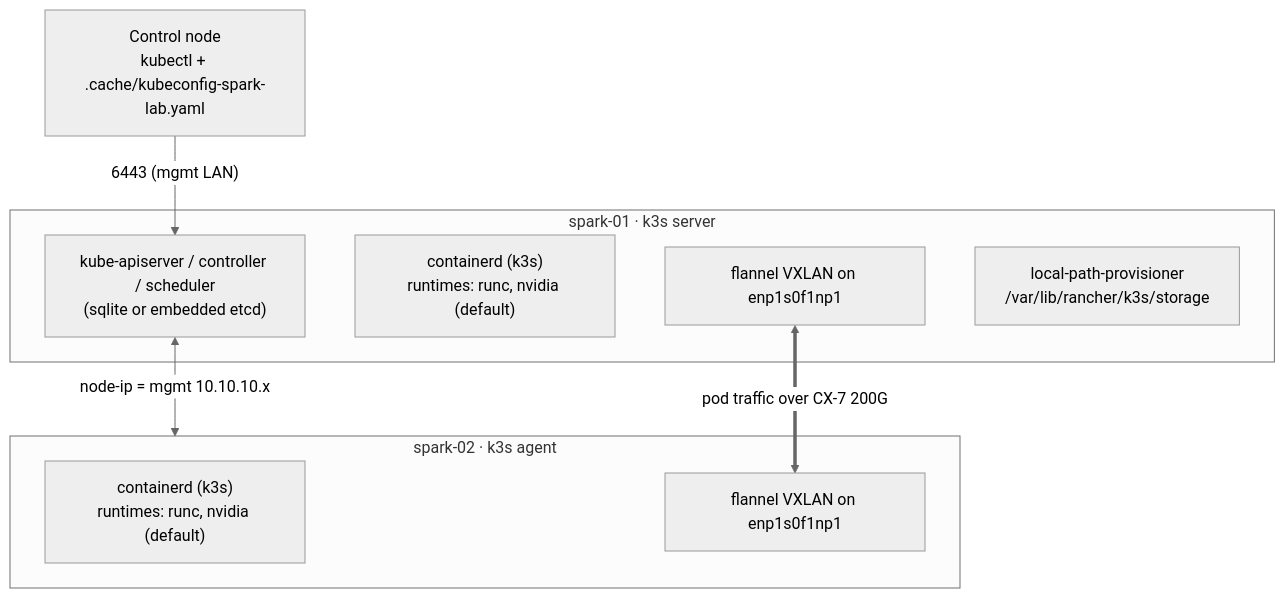
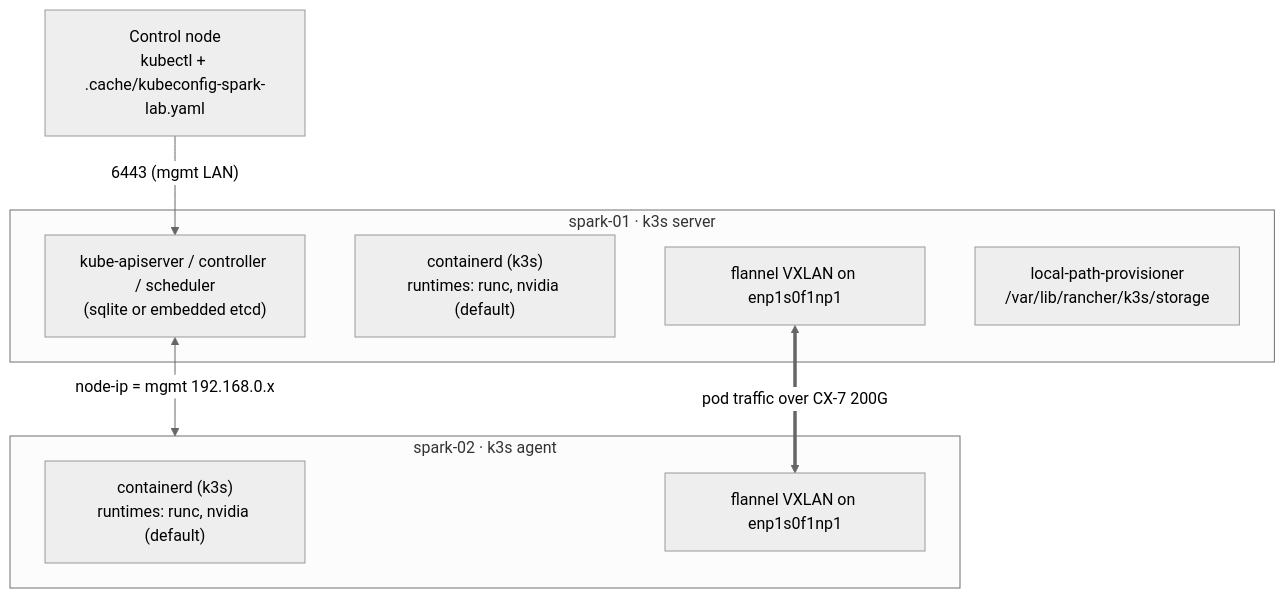
Before and after one commit to cloudone365/technical-depth: the diagram in 01 Ansible/16-kubernetes-bare-metal-bootstrap-kubespray.md, drawn with Mermaid (neutral theme). The commit also changed other lines of this file and 57 other files, not shown here.

````diff
--- a/01 Ansible/16-kubernetes-bare-metal-bootstrap-kubespray.md
+++ b/01 Ansible/16-kubernetes-bare-metal-bootstrap-kubespray.md
@@ -30,16 +30,16 @@
 ```mermaid
 flowchart TB
   CTL["Control node<br/>kubectl + .cache/kubeconfig-spark-lab.yaml"] -->|"6443 (mgmt LAN)"| API
   subgraph S1["spark-01 · k3s server"]
     API["kube-apiserver / controller / scheduler<br/>(sqlite or embedded etcd)"]
     CD1["containerd (k3s)<br/>runtimes: runc, nvidia (default)"]
     FL1["flannel VXLAN on enp1s0f1np1"]
     LP["local-path-provisioner<br/>/var/lib/rancher/k3s/storage"]
   end
   subgraph S2["spark-02 · k3s agent"]
     CD2["containerd (k3s)<br/>runtimes: runc, nvidia (default)"]
     FL2["flannel VXLAN on enp1s0f1np1"]
   end
-  API <-->|"node-ip = mgmt 10.10.10.x"| S2
+  API <-->|"node-ip = mgmt 192.168.0.x"| S2
   FL1 <==>|"pod traffic over CX-7 200G"| FL2
 ```
````
